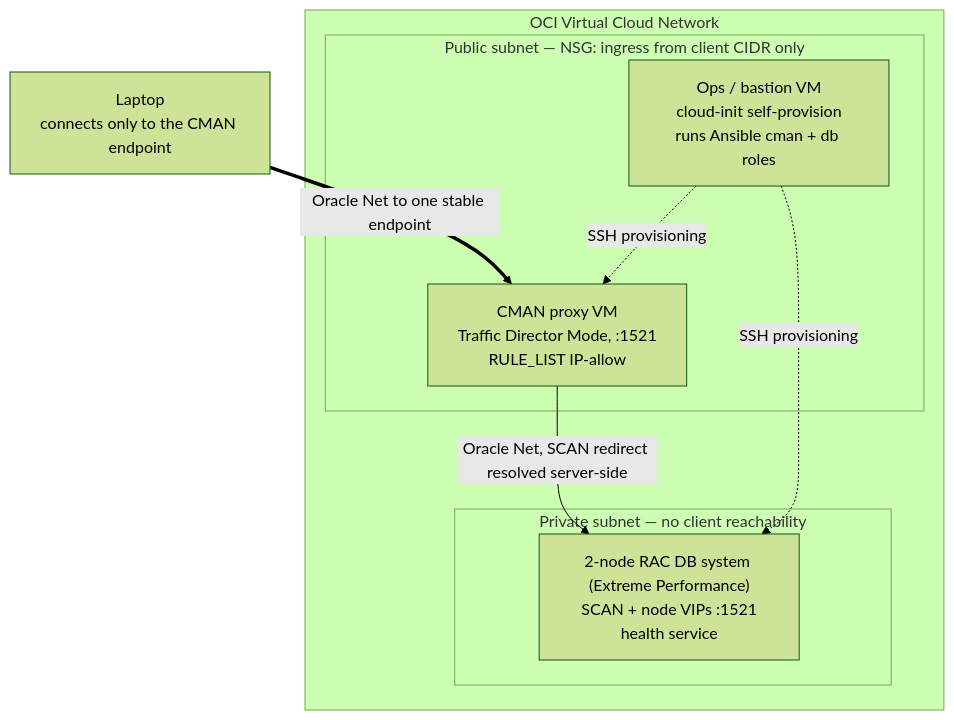
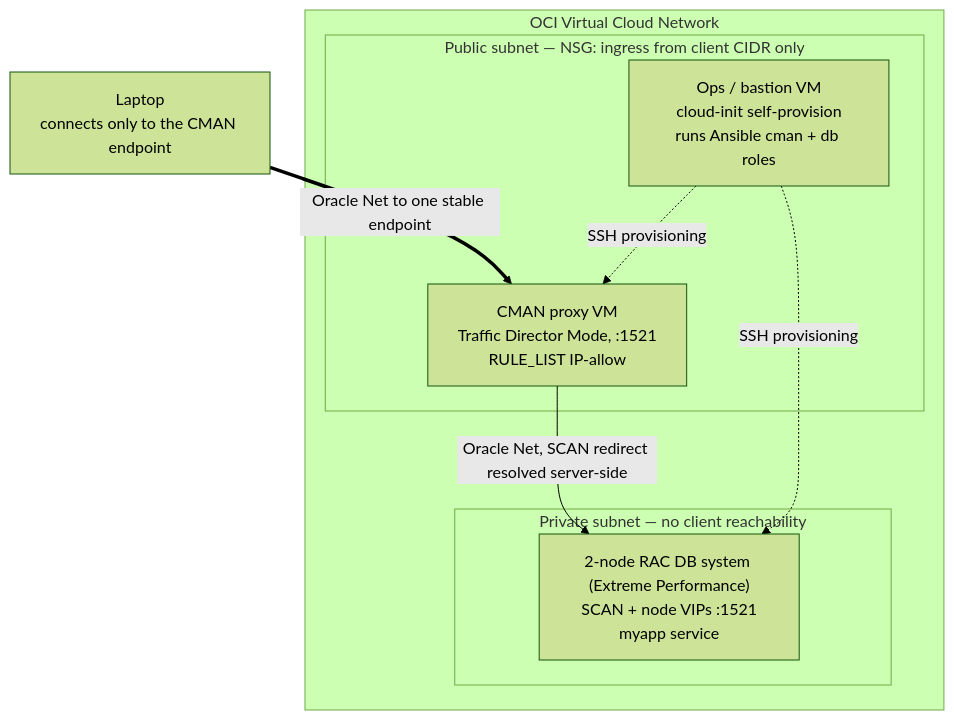
Before and after one commit to vmleon/oracle-database-cman: the diagram in README.md, drawn with Mermaid (forest theme). The commit also changed 7 other files, not shown here.

Commit message:
refactor: rename database service health to myapp

````diff
--- a/README.md
+++ b/README.md
@@ -39,17 +39,17 @@
 ```mermaid
 flowchart TB
     Laptop["Laptop<br/>connects only to the CMAN endpoint"]
     subgraph VCN["OCI Virtual Cloud Network"]
         subgraph PUB["Public subnet — NSG: ingress from client CIDR only"]
             CMAN["CMAN proxy VM<br/>Traffic Director Mode, :1521<br/>RULE_LIST IP-allow"]
             OPS["Ops / bastion VM<br/>cloud-init self-provision<br/>runs Ansible cman + db roles"]
         end
         subgraph PRIV["Private subnet — no client reachability"]
-            RAC["2-node RAC DB system (Extreme Performance)<br/>SCAN + node VIPs :1521<br/>health service"]
+            RAC["2-node RAC DB system (Extreme Performance)<br/>SCAN + node VIPs :1521<br/>myapp service"]
         end
     end
     Laptop ==>|"Oracle Net to one stable endpoint"| CMAN
     CMAN -->|"Oracle Net, SCAN redirect resolved server-side"| RAC
     OPS -. "SSH provisioning" .-> RAC
     OPS -. "SSH provisioning" .-> CMAN
 ```
````
